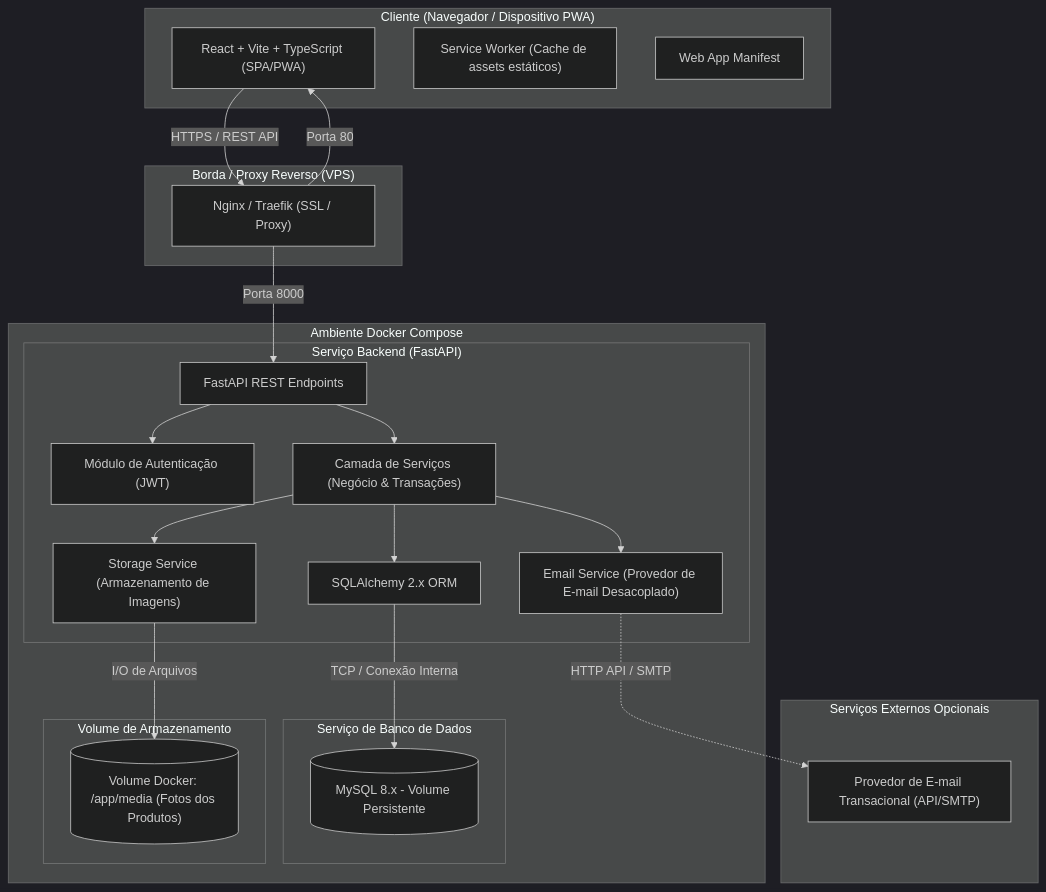
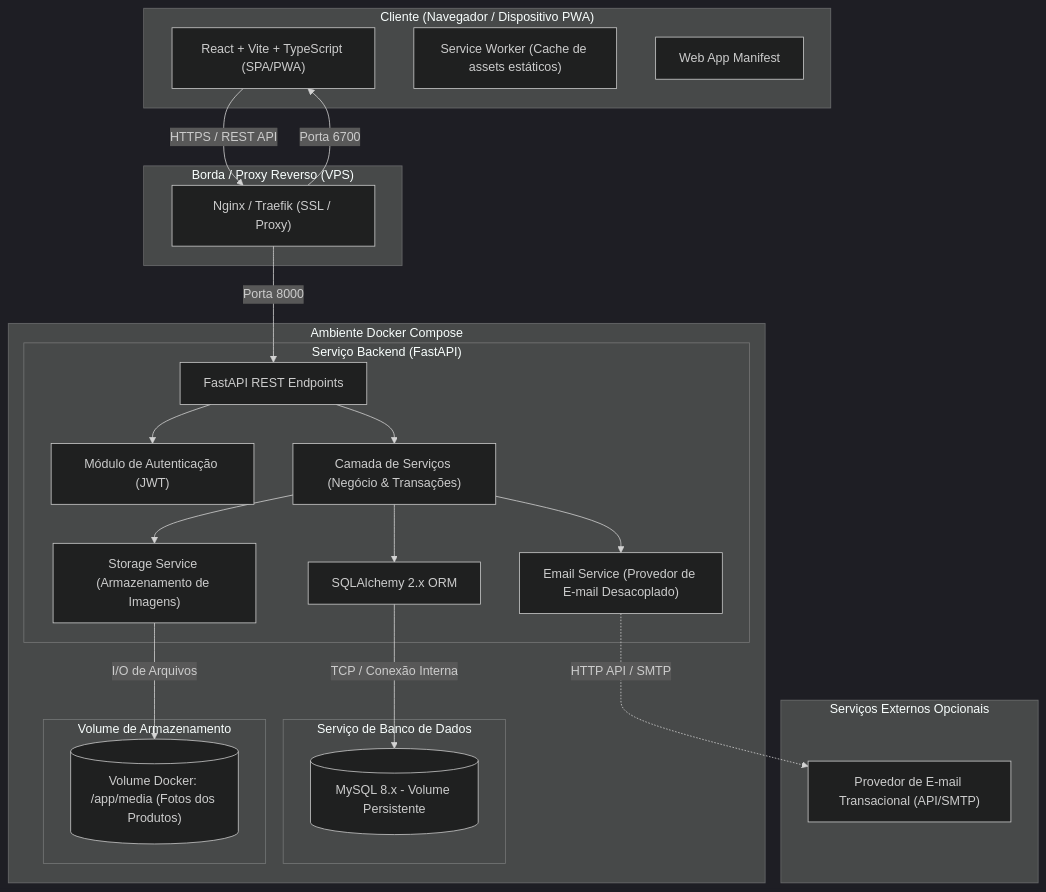
One commit to alesauer/atelieProdutos changed the diagram in docs/arquitetura.md. Above: the diagram before and after it, drawn with Mermaid (dark theme). The commit also changed 4 other files, not shown here.

````diff
--- a/docs/arquitetura.md
+++ b/docs/arquitetura.md
@@ -24,47 +24,47 @@
 ```mermaid
 flowchart TD
     subgraph Client["Cliente (Navegador / Dispositivo PWA)"]
         UI["React + Vite + TypeScript (SPA/PWA)"]
         SW["Service Worker (Cache de assets estáticos)"]
         Manifest["Web App Manifest"]
     end
 
     subgraph ReverseProxy["Borda / Proxy Reverso (VPS)"]
         Nginx["Nginx / Traefik (SSL / Proxy)"]
     end
 
     subgraph DockerEnv["Ambiente Docker Compose"]
         subgraph BackendService["Serviço Backend (FastAPI)"]
             API["FastAPI REST Endpoints"]
             AuthMod["Módulo de Autenticação (JWT)"]
             Services["Camada de Serviços (Negócio & Transações)"]
             Storage["Storage Service (Armazenamento de Imagens)"]
             Email["Email Service (Provedor de E-mail Desacoplado)"]
             ORM["SQLAlchemy 2.x ORM"]
         end
 
         subgraph DatabaseService["Serviço de Banco de Dados"]
             MySQL[(MySQL 8.x - Volume Persistente)]
         end
 
         subgraph FileVolume["Volume de Armazenamento"]
             MediaVolume[("Volume Docker: /app/media (Fotos dos Produtos)")]
         end
     end
 
     subgraph ExternalServices["Serviços Externos Opcionais"]
         EmailProvider["Provedor de E-mail Transacional (API/SMTP)"]
     end
 
     UI -->|HTTPS / REST API| Nginx
     Nginx -->|Porta 8000| API
-    Nginx -->|Porta 80| UI
+    Nginx -->|Porta 6700| UI
     API --> AuthMod
     API --> Services
     Services --> ORM
     Services --> Storage
     Services --> Email
     ORM -->|TCP / Conexão Interna| MySQL
     Storage -->|I/O de Arquivos| MediaVolume
     Email -.->|HTTP API / SMTP| EmailProvider
 ```
````
